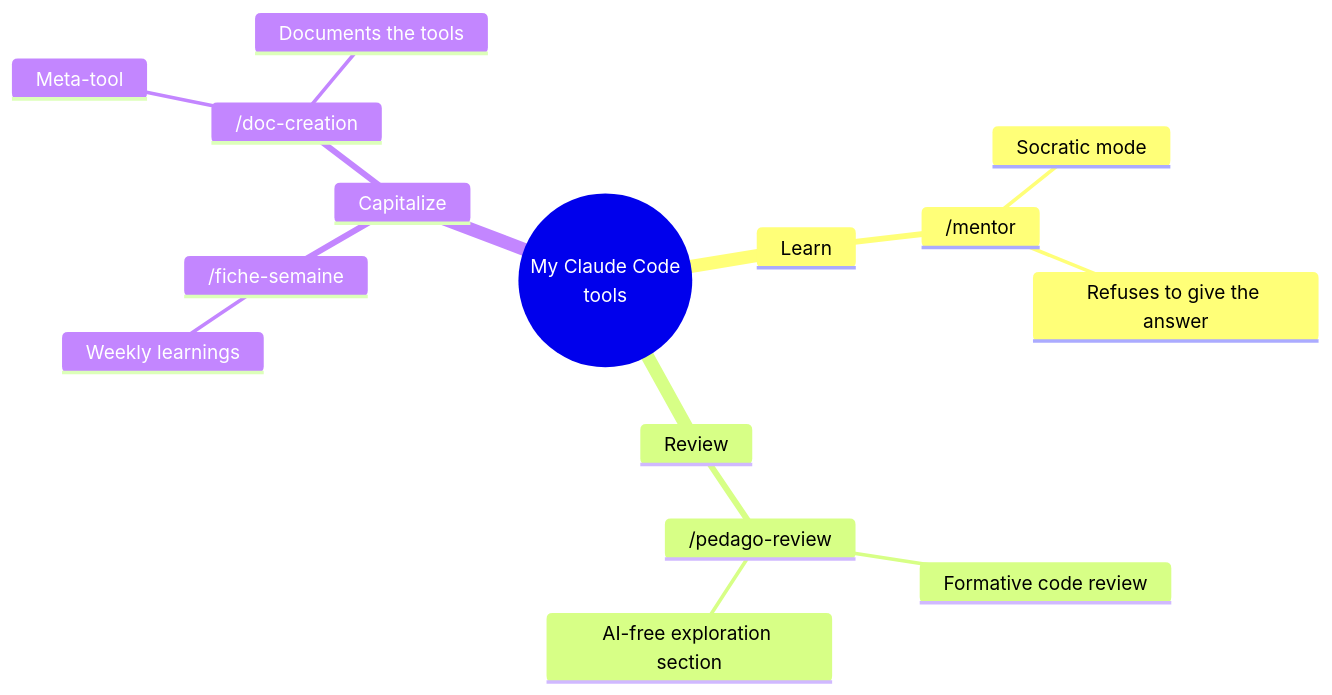
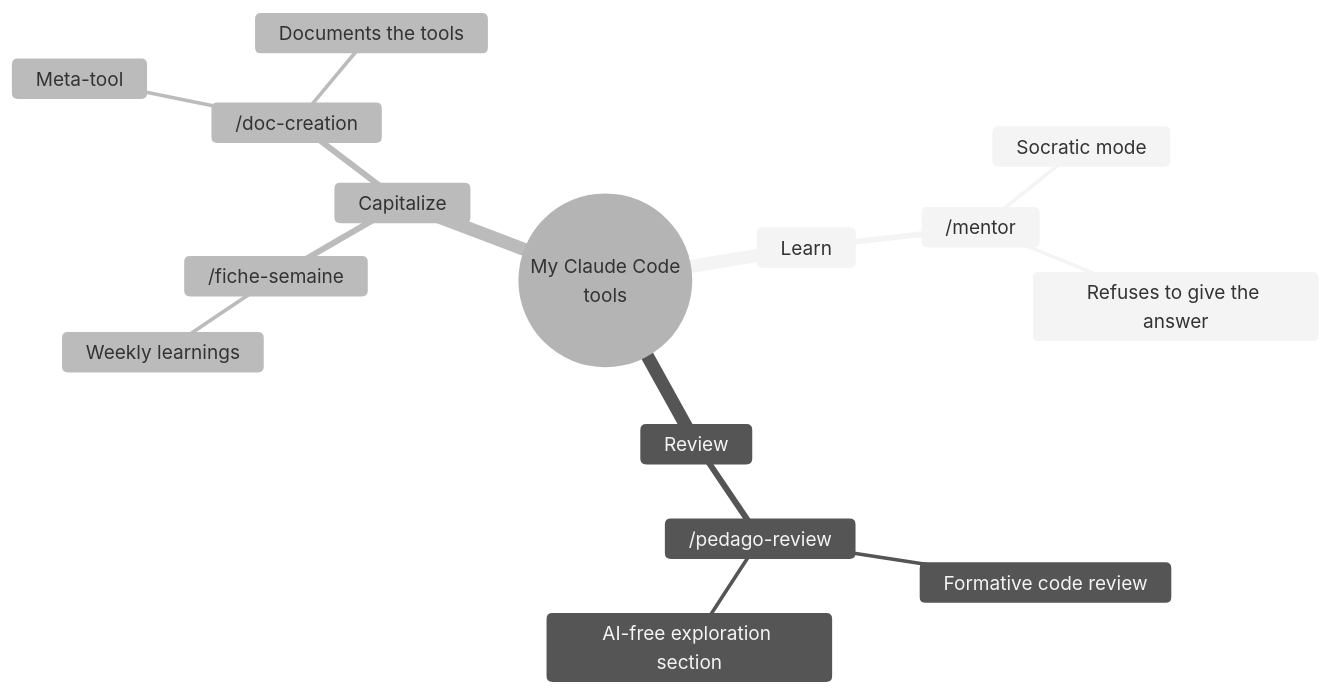
One commit to IkuroMaira/IkuroMaira changed the second of 2 diagrams in README.md. Above: the diagram before and after it, drawn with Mermaid. The commit also changed other lines of this file, not shown here.

Commit message:
Update README.md
Change the colours of Mermaid

````diff
--- a/README.md
+++ b/README.md
@@ -244,18 +245,19 @@
 ```mermaid
+%%{init: {'theme': 'neutral'}}%%
 mindmap
   root((My Claude Code<br/>tools))
     Learn
       /mentor
         Socratic mode
         Refuses to give the answer
     Review
       /pedago-review
         Formative code review
         AI-free exploration section
     Capitalize
       /fiche-semaine
         Weekly learnings
       /doc-creation
         Meta-tool
         Documents the tools
 ```
````
